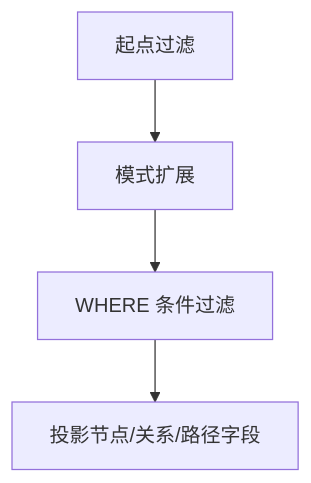
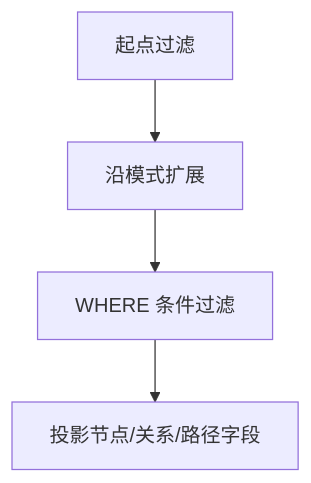
The diagram in docs/apps/docs/content/docs/zh/zyx/user-guide/pattern-matching.mdx (nexepic/zyx), drawn with Mermaid before and after one commit. The commit also changed other lines of this file and 112 other files, not shown here.

````diff
--- a/docs/apps/docs/content/docs/zh/zyx/user-guide/pattern-matching.mdx
+++ b/docs/apps/docs/content/docs/zh/zyx/user-guide/pattern-matching.mdx
@@ -77,6 +112,6 @@
 ```mermaid
 flowchart TD
-  A[起点过滤] --> B[模式扩展]
+  A[起点过滤] --> B[沿模式扩展]
   B --> C[WHERE 条件过滤]
   C --> D[投影节点/关系/路径字段]
 ```
````
